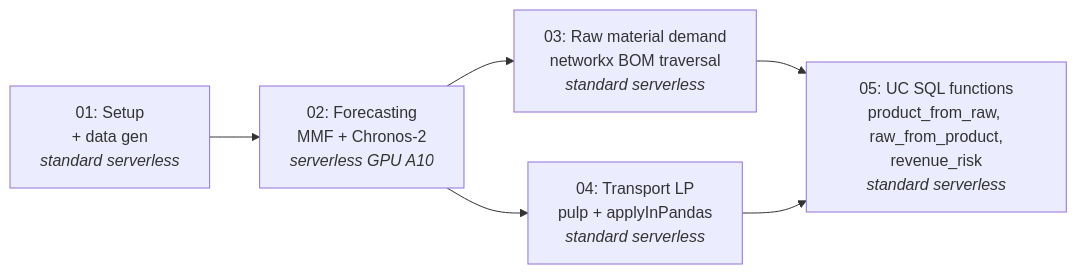
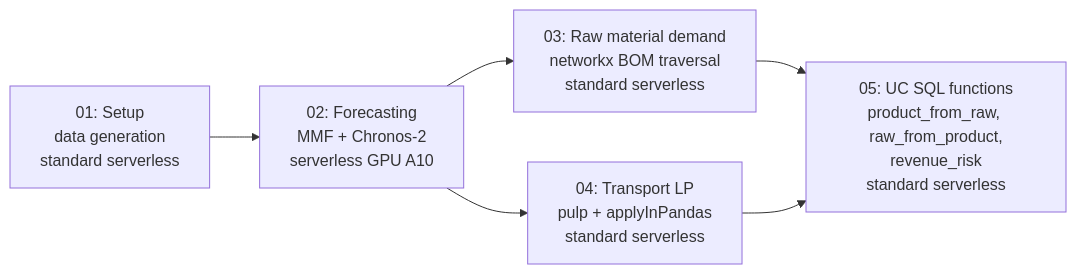
The diagram in README.md (rohan-parikh-db/supply-chain-mmf), drawn with Mermaid before and after one commit. The commit also changed other lines of this file and 5 other files, not shown here.

````diff
--- a/README.md
+++ b/README.md
@@ -51,8 +46,8 @@
 ```mermaid
 flowchart LR
-    A[01: Setup<br/>+ data gen<br/><i>standard serverless</i>] --> B[02: Forecasting<br/>MMF + Chronos-2<br/><i>serverless GPU A10</i>]
-    B --> C[03: Raw material demand<br/>networkx BOM traversal<br/><i>standard serverless</i>]
-    B --> D[04: Transport LP<br/>pulp + applyInPandas<br/><i>standard serverless</i>]
-    C --> E[05: UC SQL functions<br/>product_from_raw, raw_from_product,<br/>revenue_risk<br/><i>standard serverless</i>]
+    A[01: Setup<br/>data generation<br/>standard serverless] --> B[02: Forecasting<br/>MMF + Chronos-2<br/>serverless GPU A10]
+    B --> C[03: Raw material demand<br/>networkx BOM traversal<br/>standard serverless]
+    B --> D[04: Transport LP<br/>pulp + applyInPandas<br/>standard serverless]
+    C --> E[05: UC SQL functions<br/>product_from_raw, raw_from_product,<br/>revenue_risk<br/>standard serverless]
     D --> E
 ```
````
